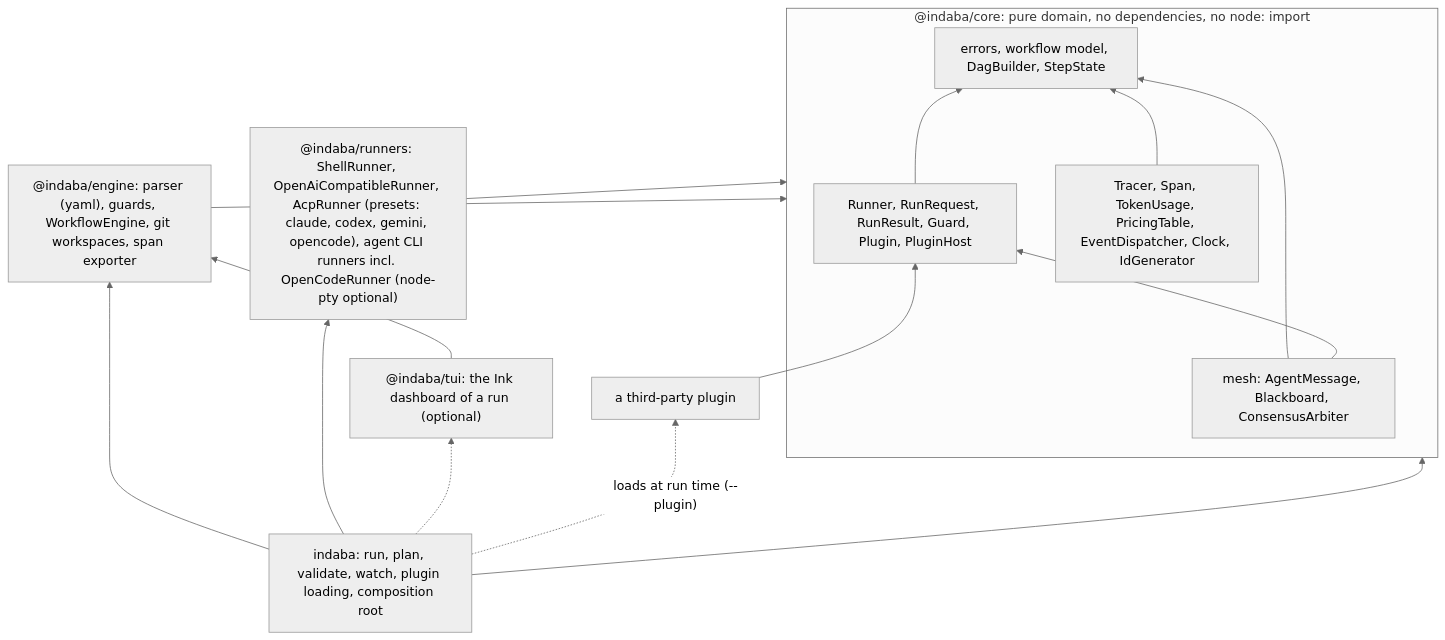
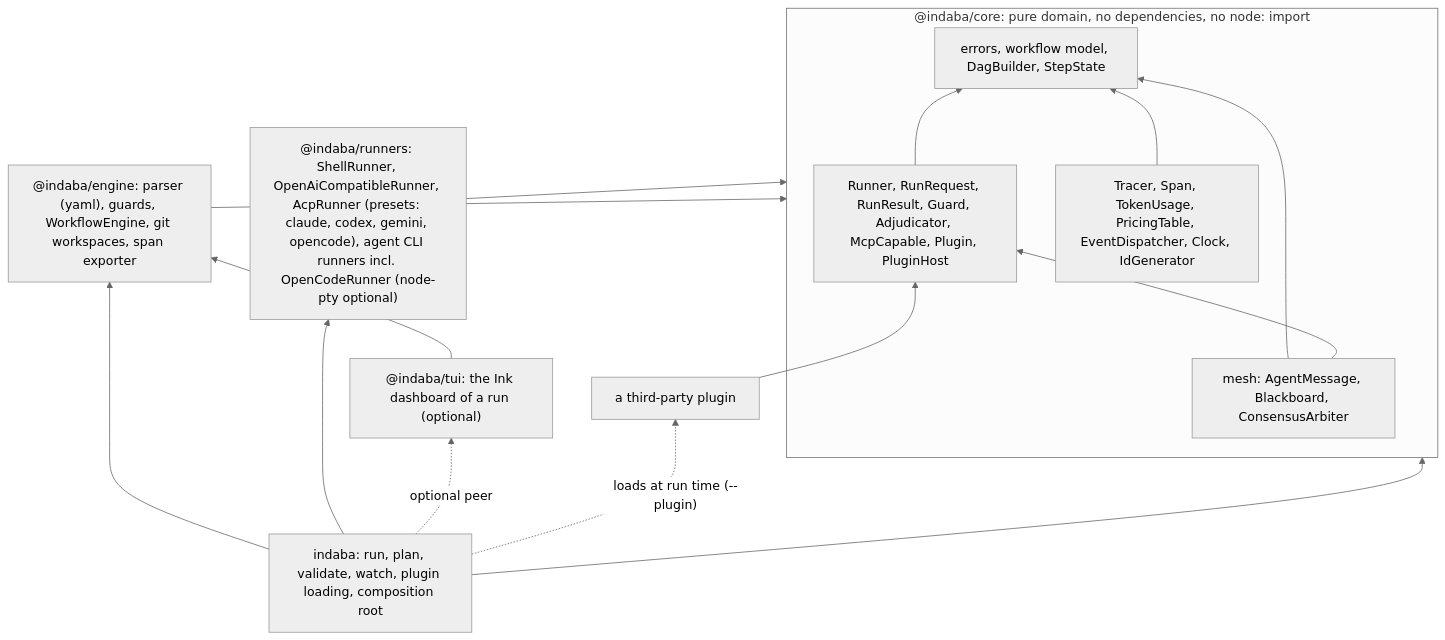
Before and after one commit to yaotzin1/indaba: the first of 2 diagrams in specs/DEPENDENCY_MAP.md, drawn with Mermaid (neutral theme). The commit also changed other lines of this file and 1 other file, not shown here.

````diff
--- a/specs/DEPENDENCY_MAP.md
+++ b/specs/DEPENDENCY_MAP.md
@@ -7,29 +7,29 @@
 ```mermaid
 graph BT
     subgraph Domain["@indaba/core: pure domain, no dependencies, no node: import"]
         Core["errors, workflow model, DagBuilder, StepState"]
         Mesh["mesh: AgentMessage, Blackboard, ConsensusArbiter"]
-        Contracts["Runner, RunRequest, RunResult, Guard, Plugin, PluginHost"]
+        Contracts["Runner, RunRequest, RunResult, Guard, Adjudicator, McpCapable, Plugin, PluginHost"]
         Obs["Tracer, Span, TokenUsage, PricingTable, EventDispatcher, Clock, IdGenerator"]
     end
 
     Engine["@indaba/engine: parser (yaml), guards, WorkflowEngine, git workspaces, span exporter"]
     Runners["@indaba/runners: ShellRunner, OpenAiCompatibleRunner, AcpRunner (presets: claude, codex, gemini, opencode), agent CLI runners incl. OpenCodeRunner (node-pty optional)"]
     Cli["indaba: run, plan, validate, watch, plugin loading, composition root"]
     Tui["@indaba/tui: the Ink dashboard of a run (optional)"]
     Plugin["a third-party plugin"]
 
     Mesh --> Core
     Mesh --> Contracts
     Contracts --> Core
     Obs --> Core
     Engine --> Domain
     Runners --> Domain
     Cli --> Engine
     Cli --> Runners
     Cli --> Domain
-    Cli -.-> Tui
+    Cli -. "optional peer" .-> Tui
     Tui --> Engine
     Plugin --> Contracts
     Cli -. "loads at run time (--plugin)" .-> Plugin
 ```
````
